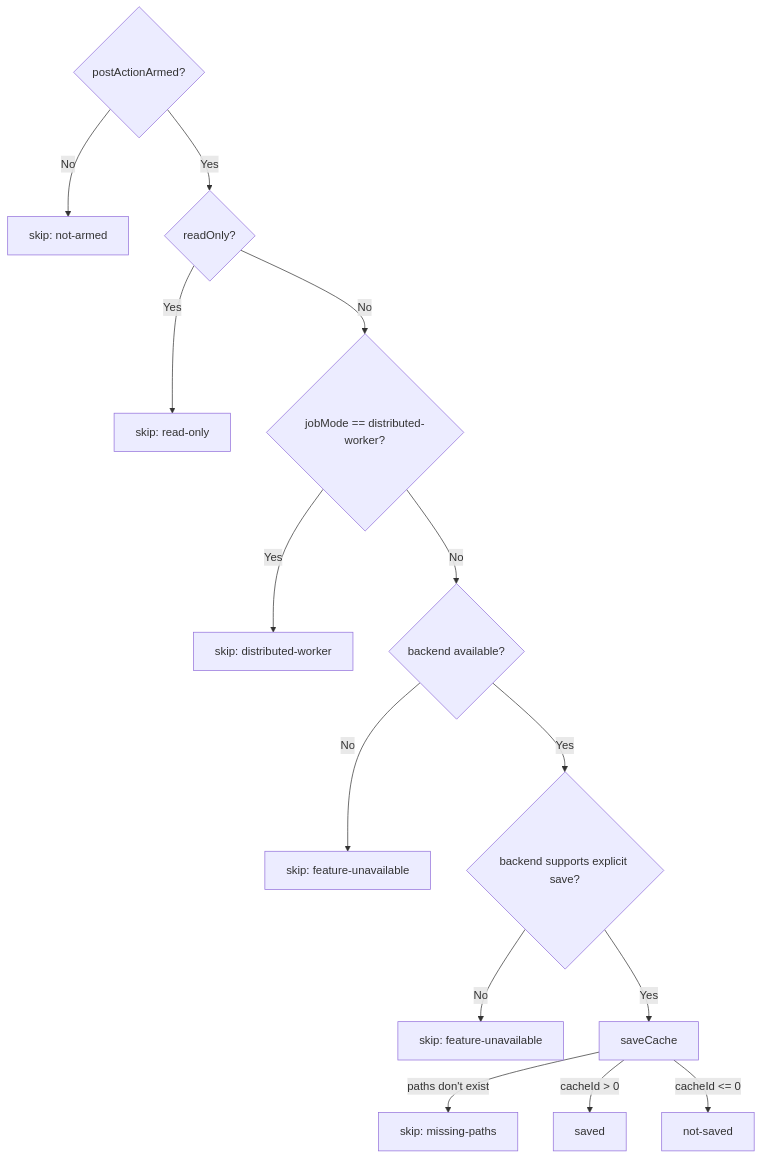
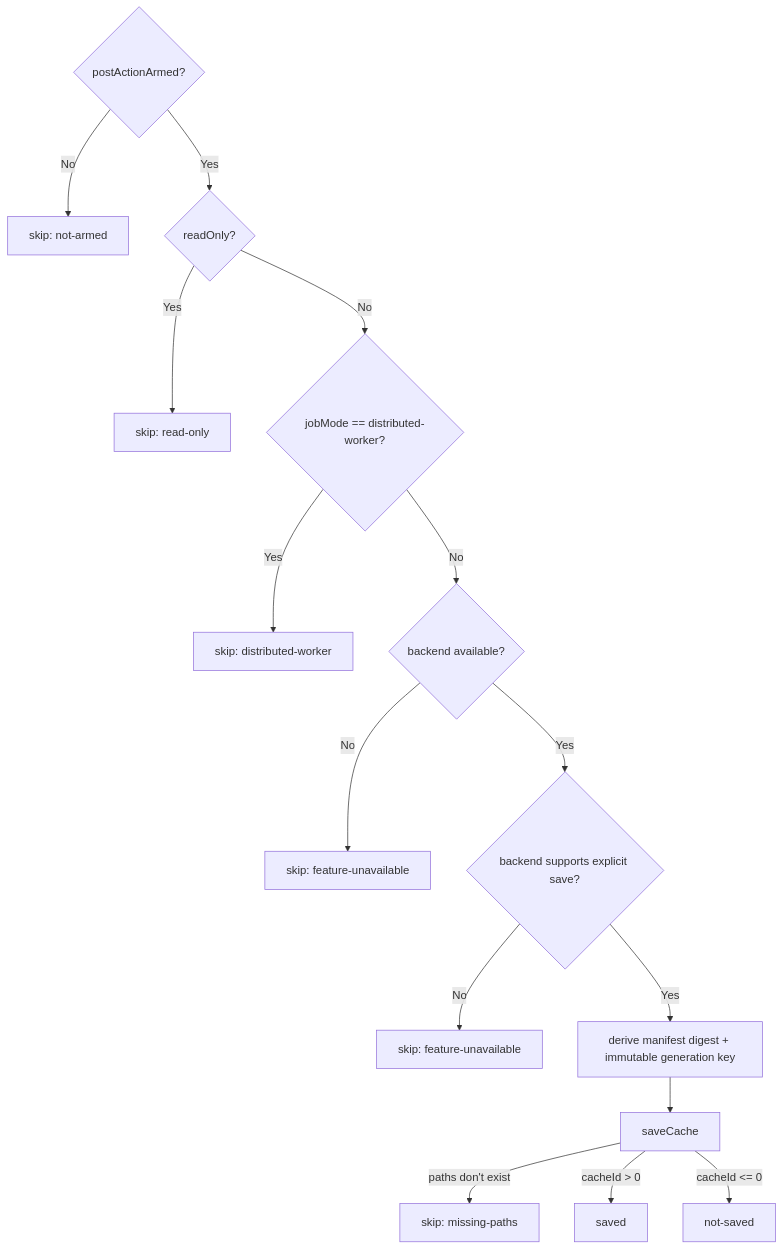
The second of 3 diagrams in docs/architecture/base-cache.md (buildish-tooling/buildish-mammoth-cache), drawn with Mermaid before and after one commit. The commit also changed other lines of this file and 47 other files, not shown here.

Commit message:
Implement immutable cache generations

````diff
--- a/docs/architecture/base-cache.md
+++ b/docs/architecture/base-cache.md
@@ -82,16 +81,17 @@
 ```mermaid
 flowchart TD
     A{postActionArmed?} -- No --> Z1[skip: not-armed]
     A -- Yes --> B{readOnly?}
     B -- Yes --> Z2[skip: read-only]
     B -- No --> C{jobMode == distributed-worker?}
     C -- Yes --> Z3[skip: distributed-worker]
     C -- No --> D{backend available?}
     D -- No --> Z4[skip: feature-unavailable]
     D -- Yes --> E{backend supports explicit save?}
     E -- No --> Z5[skip: feature-unavailable]
-    E -- Yes --> F[saveCache]
-    F -- paths don't exist --> Z6[skip: missing-paths]
-    F -- cacheId > 0 --> Z7[saved]
-    F -- cacheId <= 0 --> Z8[not-saved]
+    E -- Yes --> F[derive manifest digest + immutable generation key]
+    F --> G[saveCache]
+    G -- paths don't exist --> Z6[skip: missing-paths]
+    G -- cacheId > 0 --> Z7[saved]
+    G -- cacheId <= 0 --> Z8[not-saved]
 ```
````
